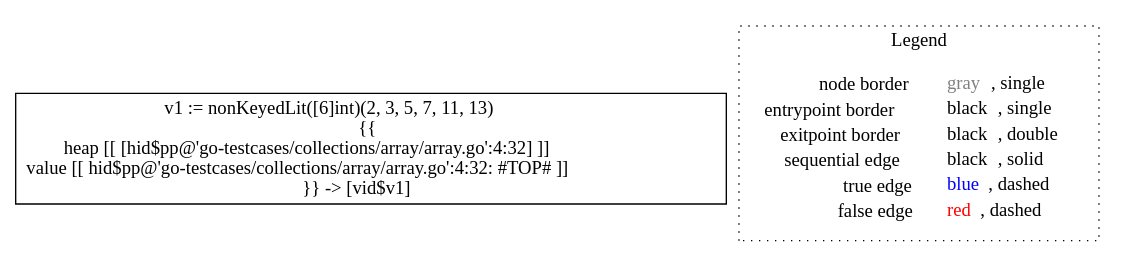
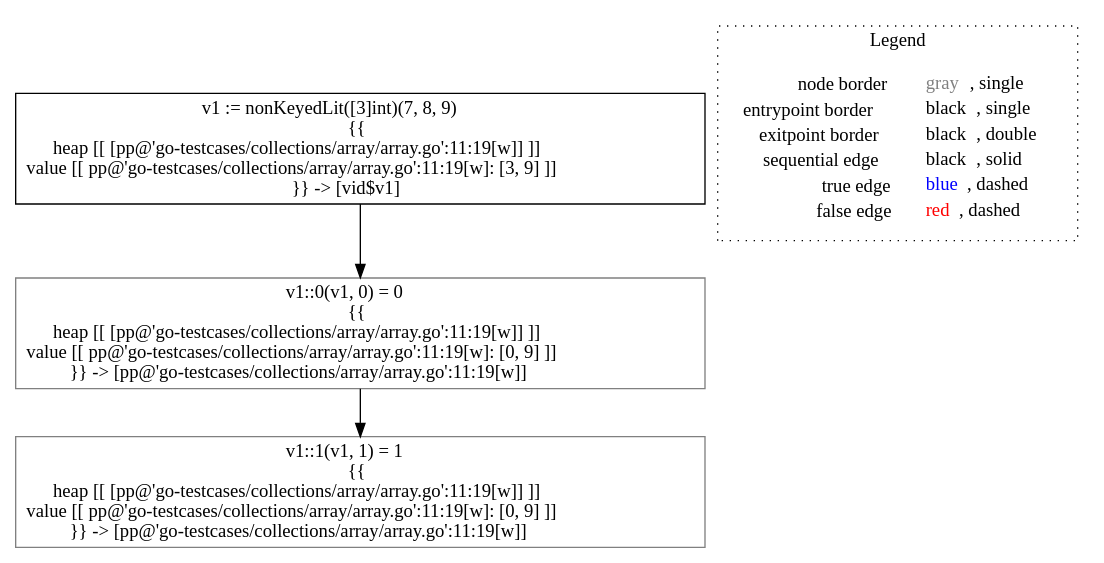
The diagram in go-lisa/go-testcases/collections/array/analysis___untyped_~LiSAProgram.allocs().dot (lisa-analyzer/go-lisa), drawn with Graphviz before and after one commit. The commit also changed 21 other files, not shown here.

```diff
--- a/go-lisa/go-testcases/collections/array/analysis___untyped_~LiSAProgram.allocs().dot
+++ b/go-lisa/go-testcases/collections/array/analysis___untyped_~LiSAProgram.allocs().dot
@@ -1,10 +1,14 @@
 digraph {
-	"node0" [shape="rect",color="black",label=<v1 := nonKeyedLit([6]int)(2, 3, 5, 7, 11, 13)<BR/>{{<BR/>heap [[ [hid$pp@'go-testcases/collections/array/array.go':4:32] ]]<BR/>value [[ hid$pp@'go-testcases/collections/array/array.go':4:32: #TOP# ]]<BR/>}} -&gt; [vid$v1]>];
+	"node0" [shape="rect",color="black",label=<v1 := nonKeyedLit([3]int)(7, 8, 9)<BR/>{{<BR/>heap [[ [pp@'go-testcases/collections/array/array.go':11:19[w]] ]]<BR/>value [[ pp@'go-testcases/collections/array/array.go':11:19[w]: [3, 9] ]]<BR/>}} -&gt; [vid$v1]>];
+	"node1" [shape="rect",color="gray",label=<v1::0(v1, 0) = 0<BR/>{{<BR/>heap [[ [pp@'go-testcases/collections/array/array.go':11:19[w]] ]]<BR/>value [[ pp@'go-testcases/collections/array/array.go':11:19[w]: [0, 9] ]]<BR/>}} -&gt; [pp@'go-testcases/collections/array/array.go':11:19[w]]>];
+	"node2" [shape="rect",color="gray",label=<v1::1(v1, 1) = 1<BR/>{{<BR/>heap [[ [pp@'go-testcases/collections/array/array.go':11:19[w]] ]]<BR/>value [[ pp@'go-testcases/collections/array/array.go':11:19[w]: [0, 9] ]]<BR/>}} -&gt; [pp@'go-testcases/collections/array/array.go':11:19[w]]>];
+	"node1" -> "node2" [color="black"];
+	"node0" -> "node1" [color="black"];
 subgraph cluster_legend {
 	label="Legend";
 	style=dotted;
 	node [shape=plaintext];
 	"legend" [label=<<table border="0" cellpadding="2" cellspacing="0" cellborder="0"><tr><td align="right">node border&nbsp;</td><td align="left"><font color="gray">gray</font>, single</td></tr><tr><td align="right">entrypoint border&nbsp;</td><td align="left"><font color="black">black</font>, single</td></tr><tr><td align="right">exitpoint border&nbsp;</td><td align="left"><font color="black">black</font>, double</td></tr><tr><td align="right">sequential edge&nbsp;</td><td align="left"><font color="black">black</font>, solid</td></tr><tr><td align="right">true edge&nbsp;</td><td align="left"><font color="blue">blue</font>, dashed</td></tr><tr><td align="right">false edge&nbsp;</td><td align="left"><font color="red">red</font>, dashed</td></tr></table>>];
 }
 
 }
```
